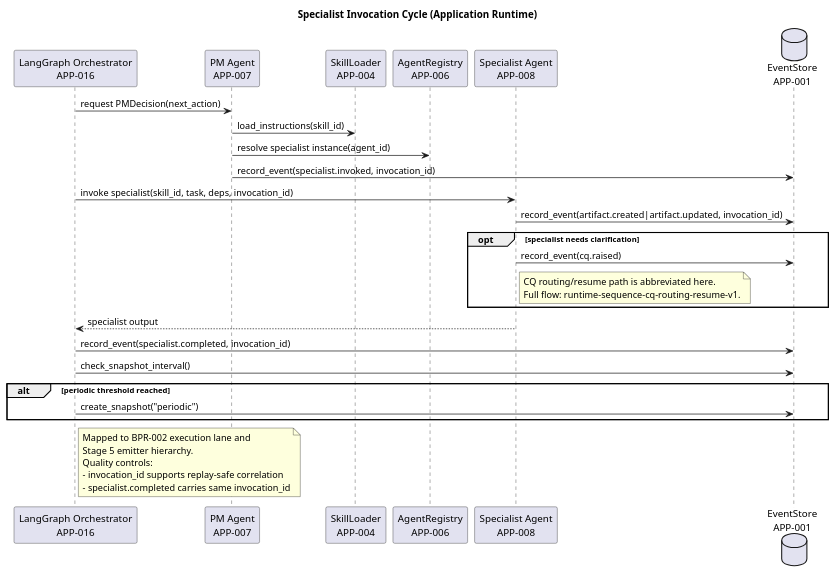
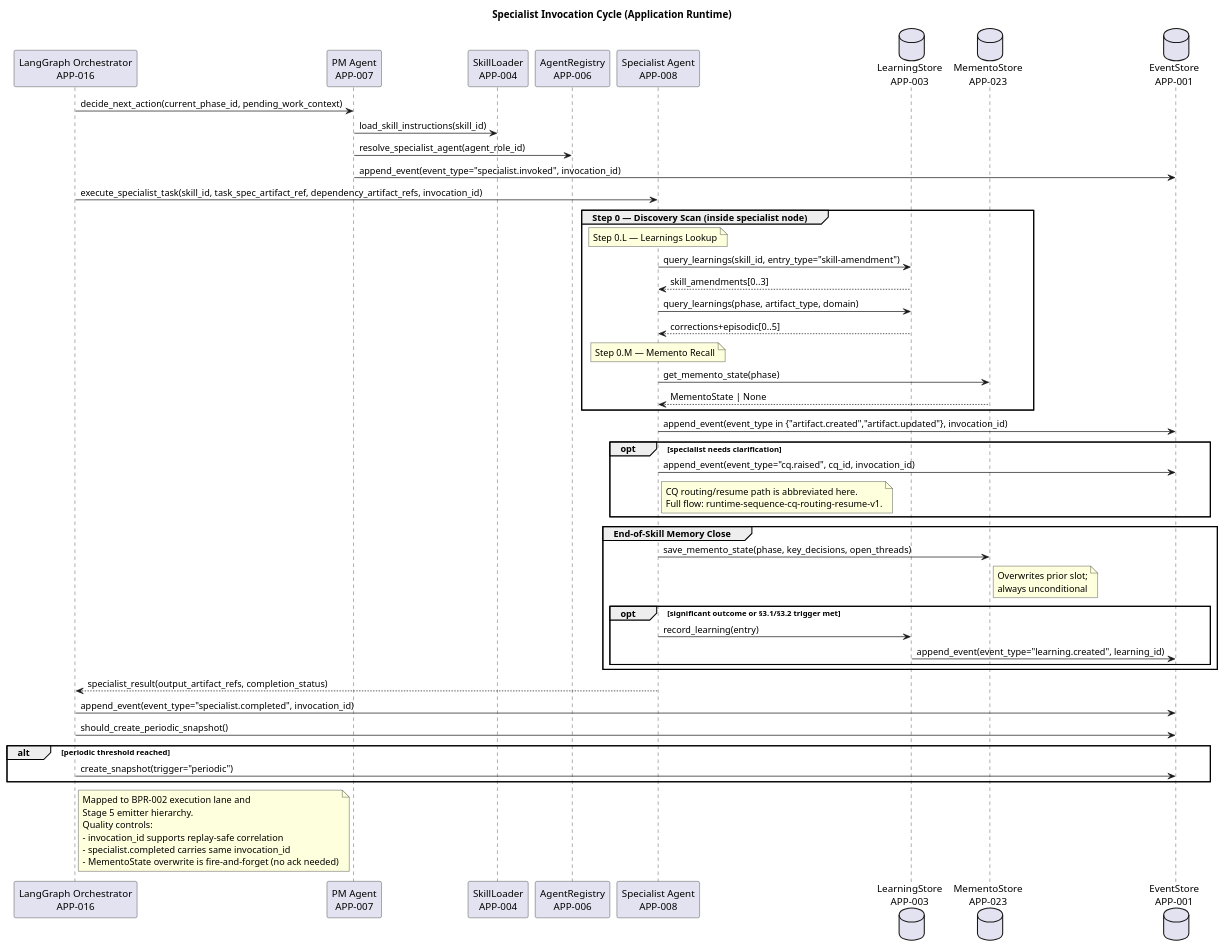
The diagram in engagements/ENG-001/work-repositories/architecture-repository/diagram-catalog/diagrams/runtime-sequence-specialist-invocation-cycle-v1.puml (mbauer83/sdlc-multi-agent-system), drawn with PlantUML before and after one commit. The commit also changed other lines of this file and 38 other files, not shown here.

```diff
--- a/engagements/ENG-001/work-repositories/architecture-repository/diagram-catalog/diagrams/runtime-sequence-specialist-invocation-cycle-v1.puml
+++ b/engagements/ENG-001/work-repositories/architecture-repository/diagram-catalog/diagrams/runtime-sequence-specialist-invocation-cycle-v1.puml
@@ -26,39 +32,68 @@
 @startuml runtime-sequence-specialist-invocation-cycle-v1
 title Specialist Invocation Cycle (Application Runtime)
 
 participant "LangGraph Orchestrator\nAPP-016" as APP_016
 participant "PM Agent\nAPP-007" as APP_007
 participant "SkillLoader\nAPP-004" as APP_004
 participant "AgentRegistry\nAPP-006" as APP_006
 participant "Specialist Agent\nAPP-008" as APP_008
+database "LearningStore\nAPP-003" as APP_003
+database "MementoStore\nAPP-023" as APP_023
 database "EventStore\nAPP-001" as APP_001
 
-APP_016 -> APP_007: request PMDecision(next_action)
-APP_007 -> APP_004: load_instructions(skill_id)
-APP_007 -> APP_006: resolve specialist instance(agent_id)
-APP_007 -> APP_001: record_event(specialist.invoked, invocation_id)
-APP_016 -> APP_008: invoke specialist(skill_id, task, deps, invocation_id)
+APP_016 -> APP_007: decide_next_action(current_phase_id, pending_work_context)
+APP_007 -> APP_004: load_skill_instructions(skill_id)
+APP_007 -> APP_006: resolve_specialist_agent(agent_role_id)
+APP_007 -> APP_001: append_event(event_type="specialist.invoked", invocation_id)
+APP_016 -> APP_008: execute_specialist_task(skill_id, task_spec_artifact_ref, dependency_artifact_refs, invocation_id)
 
-APP_008 -> APP_001: record_event(artifact.created|artifact.updated, invocation_id)
+group Step 0 — Discovery Scan (inside specialist node)
+  note over APP_008
+  Step 0.L — Learnings Lookup
+  end note
+  APP_008 -> APP_003: query_learnings(skill_id, entry_type="skill-amendment")
+  APP_003 --> APP_008: skill_amendments[0..3]
+  APP_008 -> APP_003: query_learnings(phase, artifact_type, domain)
+  APP_003 --> APP_008: corrections+episodic[0..5]
+
+  note over APP_008
+  Step 0.M — Memento Recall
+  end note
+  APP_008 -> APP_023: get_memento_state(phase)
+  APP_023 --> APP_008: MementoState | None
+end
+
+APP_008 -> APP_001: append_event(event_type in {"artifact.created","artifact.updated"}, invocation_id)
 opt specialist needs clarification
-  APP_008 -> APP_001: record_event(cq.raised)
+  APP_008 -> APP_001: append_event(event_type="cq.raised", cq_id, invocation_id)
   note right of APP_008
   CQ routing/resume path is abbreviated here.
   Full flow: runtime-sequence-cq-routing-resume-v1.
   end note
 end
-APP_008 --> APP_016: specialist output
-APP_016 -> APP_001: record_event(specialist.completed, invocation_id)
-APP_016 -> APP_001: check_snapshot_interval()
+
+group End-of-Skill Memory Close
+  APP_008 -> APP_023: save_memento_state(phase, key_decisions, open_threads)
+  note right of APP_023: Overwrites prior slot;\nalways unconditional
+  opt significant outcome or §3.1/§3.2 trigger met
+    APP_008 -> APP_003: record_learning(entry)
+    APP_003 -> APP_001: append_event(event_type="learning.created", learning_id)
+  end
+end
+
+APP_008 --> APP_016: specialist_result(output_artifact_refs, completion_status)
+APP_016 -> APP_001: append_event(event_type="specialist.completed", invocation_id)
+APP_016 -> APP_001: should_create_periodic_snapshot()
 alt periodic threshold reached
-  APP_016 -> APP_001: create_snapshot("periodic")
+  APP_016 -> APP_001: create_snapshot(trigger="periodic")
 end
 
 note right of APP_016
 Mapped to BPR-002 execution lane and
 Stage 5 emitter hierarchy.
 Quality controls:
 - invocation_id supports replay-safe correlation
 - specialist.completed carries same invocation_id
+- MementoState overwrite is fire-and-forget (no ack needed)
 end note
 @enduml
```
